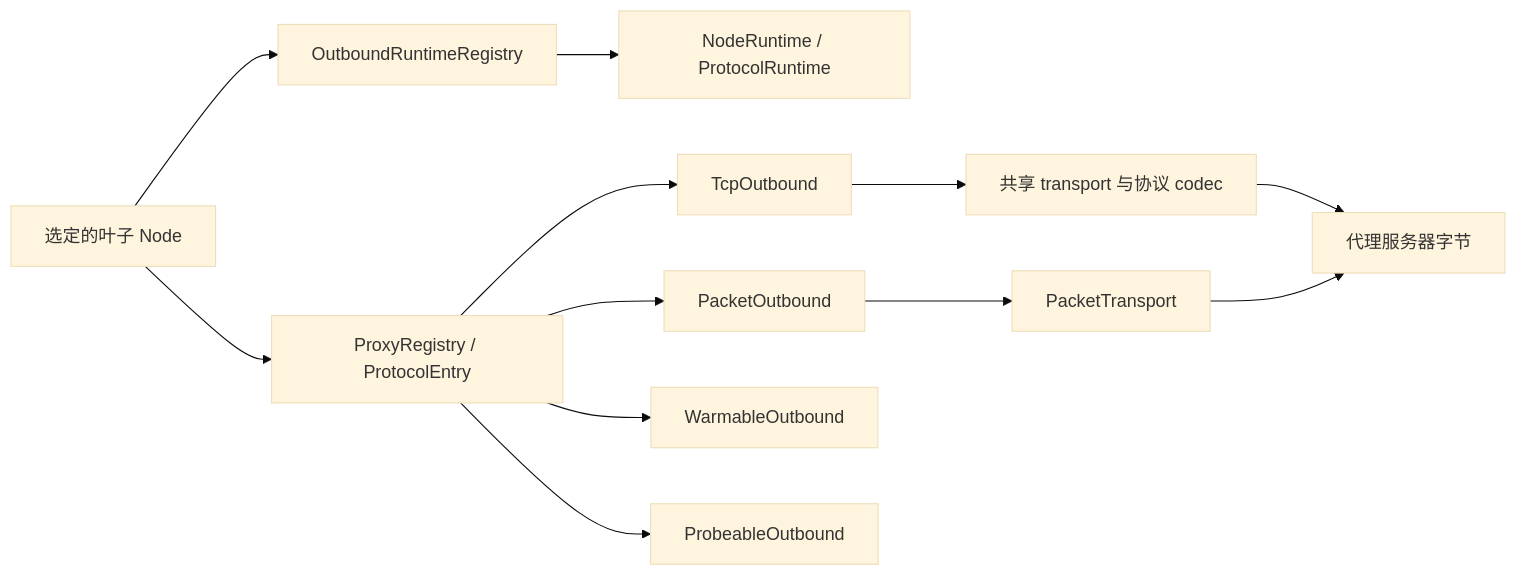
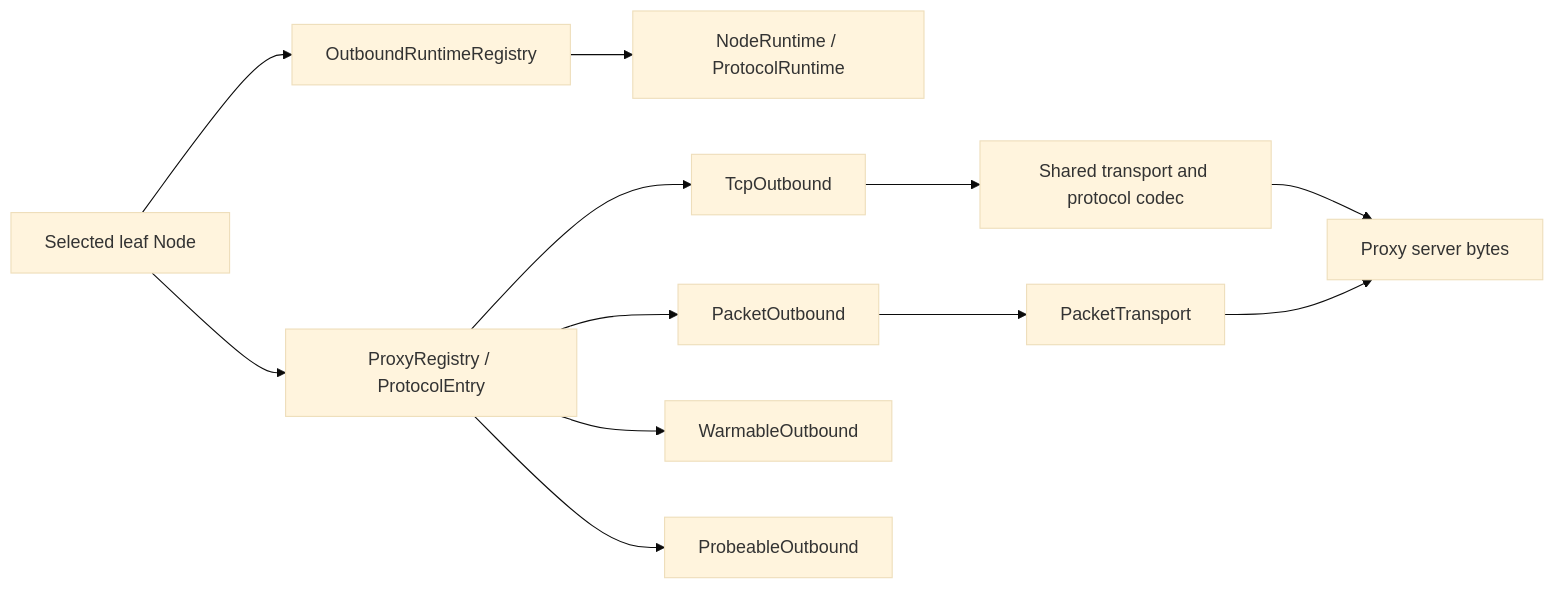
Before and after one commit to Glassyiris/honk: the diagram in doc/zh/design/outbound.md, drawn with Mermaid (base theme). The commit also changed other lines of this file and 21 other files, not shown here.

````diff
--- a/doc/zh/design/outbound.md
+++ b/doc/zh/design/outbound.md
@@ -47,14 +49,14 @@
 ```mermaid
 flowchart LR
-    G[选定的叶子 Node] --> R[OutboundRuntimeRegistry]
+    G[Selected leaf Node] --> R[OutboundRuntimeRegistry]
     G --> P[ProxyRegistry / ProtocolEntry]
     R --> N[NodeRuntime / ProtocolRuntime]
     P --> T[TcpOutbound]
     P --> U[PacketOutbound]
     P --> W[WarmableOutbound]
     P --> Q[ProbeableOutbound]
-    T --> S[共享 transport 与协议 codec]
+    T --> S[Shared transport and protocol codec]
     U --> K[PacketTransport]
-    S --> B[代理服务器字节]
+    S --> B[Proxy server bytes]
     K --> B
 ```
````
